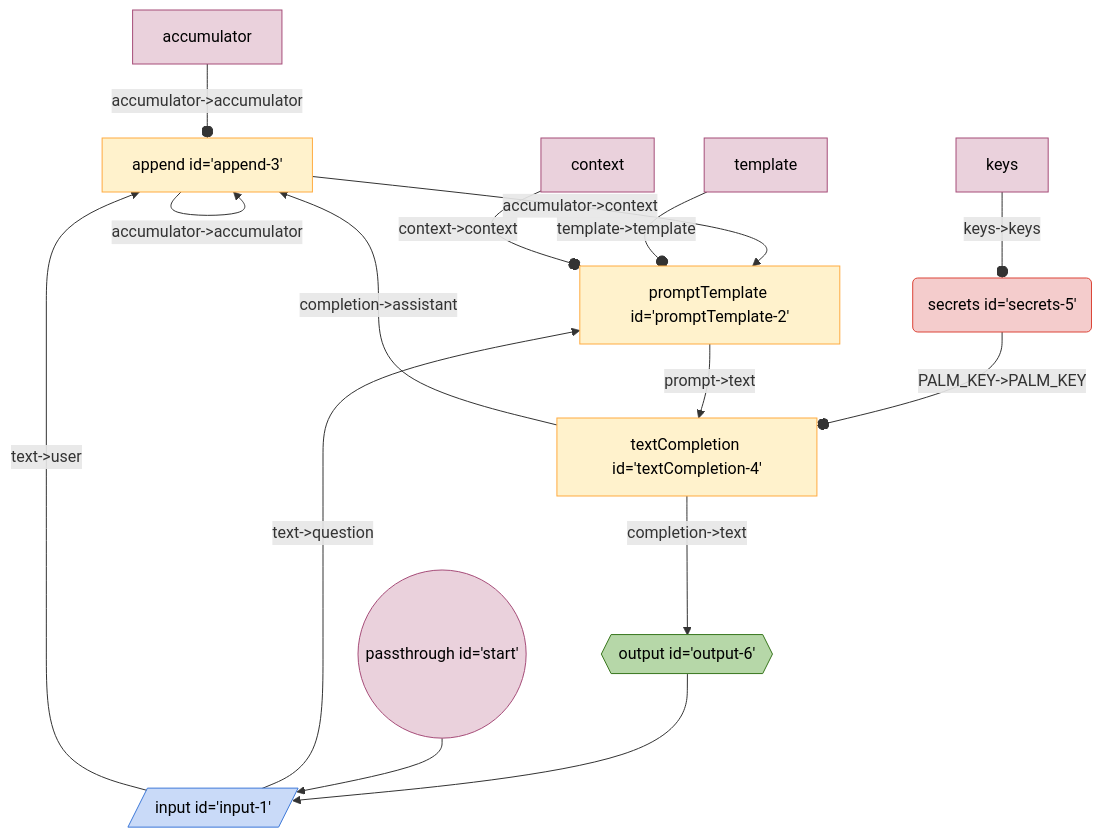
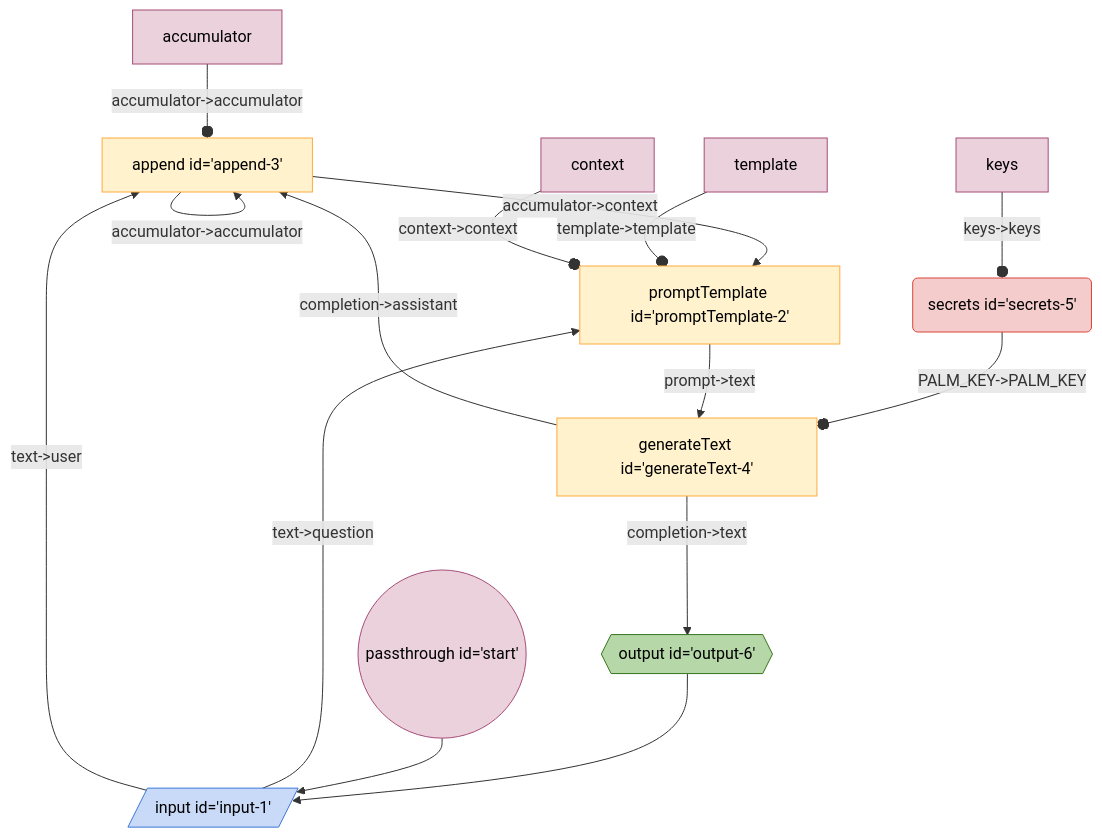
Before and after one commit to breadboard-ai/breadboard: the diagram in seeds/graph-playground/docs/graphs/accumulating-context.md, drawn with Mermaid. The commit also changed 63 other files, not shown here.

First line of the commit message:
[llm-starter] Rename `textCompletion` to `generateText`.

````diff
--- a/seeds/graph-playground/docs/graphs/accumulating-context.md
+++ b/seeds/graph-playground/docs/graphs/accumulating-context.md
@@ -5,26 +5,26 @@
   ```mermaid
   %%{init: 'themeVariables': { 'fontFamily': 'Fira Code, monospace' }}%%
 graph TD;
 append3["append id='append-3'"] -- "accumulator->accumulator" --> append3["append id='append-3'"]
-secrets5("secrets id='secrets-5'"):::secrets -- "PALM_KEY->PALM_KEY" --o textCompletion4["textCompletion id='textCompletion-4'"]
+secrets5("secrets id='secrets-5'"):::secrets -- "PALM_KEY->PALM_KEY" --o generateText4["generateText id='generateText-4'"]
 append3["append id='append-3'"] -- "accumulator->context" --> promptTemplate2["promptTemplate id='promptTemplate-2'"]
-textCompletion4["textCompletion id='textCompletion-4'"] -- "completion->assistant" --> append3["append id='append-3'"]
+generateText4["generateText id='generateText-4'"] -- "completion->assistant" --> append3["append id='append-3'"]
 output6{{"output id='output-6'"}}:::output --> input1[/"input id='input-1'"/]:::input
-textCompletion4["textCompletion id='textCompletion-4'"] -- "completion->text" --> output6{{"output id='output-6'"}}:::output
-promptTemplate2["promptTemplate id='promptTemplate-2'"] -- "prompt->text" --> textCompletion4["textCompletion id='textCompletion-4'"]
+generateText4["generateText id='generateText-4'"] -- "completion->text" --> output6{{"output id='output-6'"}}:::output
+promptTemplate2["promptTemplate id='promptTemplate-2'"] -- "prompt->text" --> generateText4["generateText id='generateText-4'"]
 input1[/"input id='input-1'"/]:::input -- "text->question" --> promptTemplate2["promptTemplate id='promptTemplate-2'"]
 input1[/"input id='input-1'"/]:::input -- "text->user" --> append3["append id='append-3'"]
 start(("passthrough id='start'")):::passthrough --> input1[/"input id='input-1'"/]:::input
 templatepromptTemplate2[template]:::config -- "template->template" --o promptTemplate2
 contextpromptTemplate2[context]:::config -- "context->context" --o promptTemplate2
 accumulatorappend3[accumulator]:::config -- "accumulator->accumulator" --o append3
 keyssecrets5[keys]:::config -- "keys->keys" --o secrets5
 classDef default stroke:#ffab40,fill:#fff2ccff,color:#000
 classDef input stroke:#3c78d8,fill:#c9daf8ff,color:#000
 classDef output stroke:#38761d,fill:#b6d7a8ff,color:#000
 classDef passthrough stroke:#a64d79,fill:#ead1dcff,color:#000
 classDef slot stroke:#a64d79,fill:#ead1dcff,color:#000
 classDef config stroke:#a64d79,fill:#ead1dcff,color:#000
 classDef secrets stroke:#db4437,fill:#f4cccc,color:#000
 classDef slotted stroke:#a64d79
   ```
````
